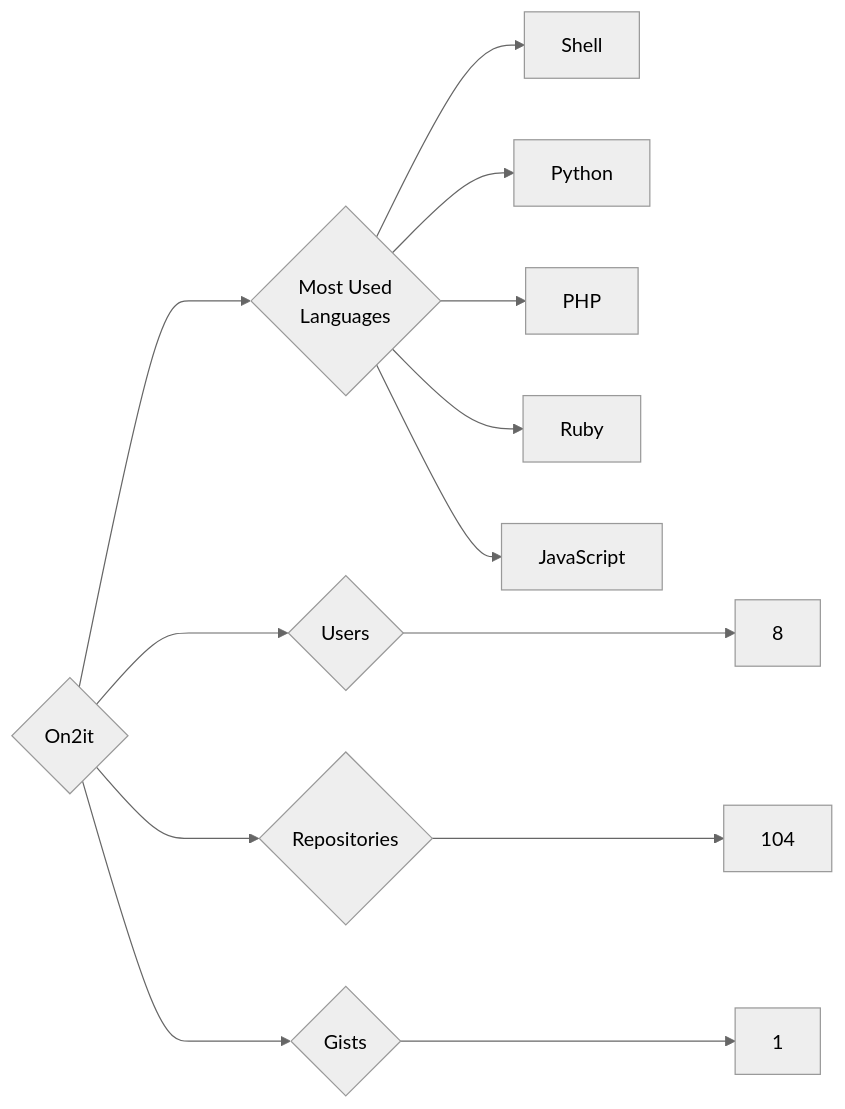
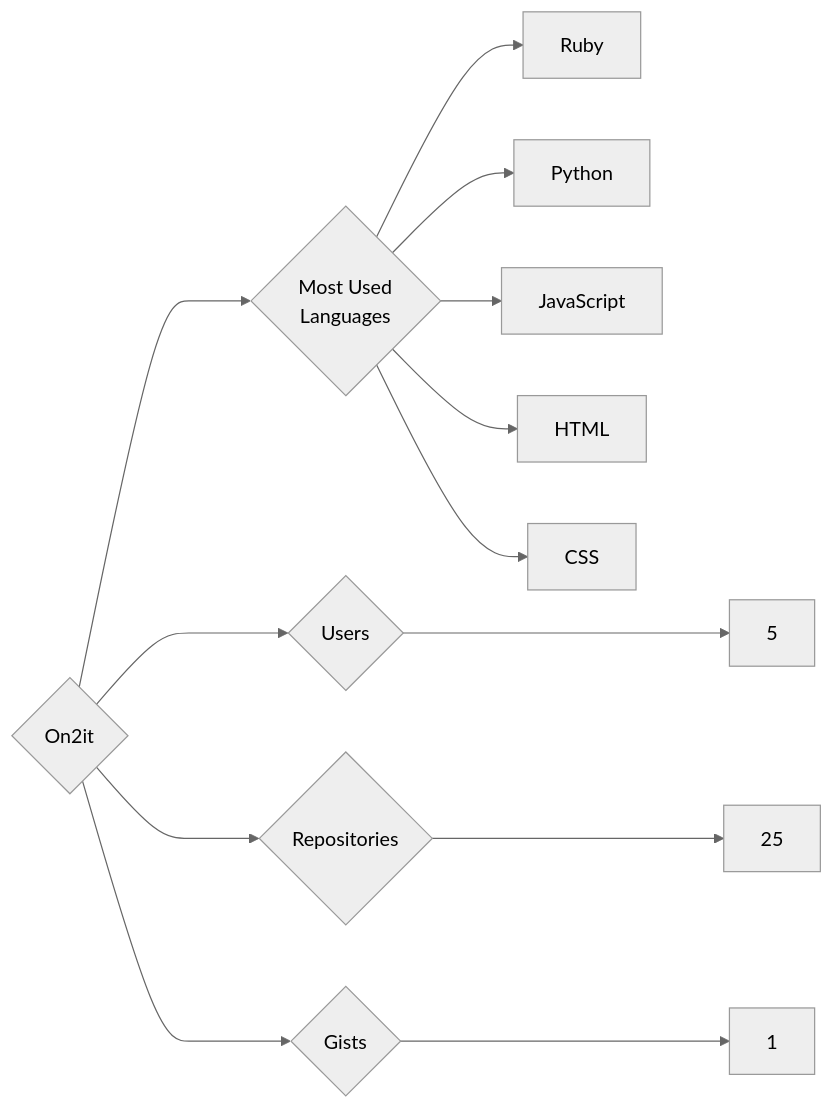
Before and after one commit to trickest/insiders: the diagram in targets/On2it/README.md, drawn with Mermaid (neutral theme). The commit also changed 964 other files, not shown here.

````diff
--- a/targets/On2it/README.md
+++ b/targets/On2it/README.md
@@ -3,13 +3,13 @@
 ```mermaid
 graph LR
 COMPANY_NAME{On2it}
-COMPANY_NAME ---> U{Users} ---> UN[8]
-COMPANY_NAME ---> R{Repositories} ---> RN[104]
+COMPANY_NAME ---> U{Users} ---> UN[5]
+COMPANY_NAME ---> R{Repositories} ---> RN[25]
 COMPANY_NAME ---> G{Gists} ---> GN[1]
 COMPANY_NAME ---> ML{Most Used<br>Languages}
-ML --> Shell[Shell]
+ML --> Ruby[Ruby]
 ML --> Python[Python]
-ML --> PHP[PHP]
-ML --> Ruby[Ruby]
 ML --> JavaScript[JavaScript]
+ML --> HTML[HTML]
+ML --> CSS[CSS]
 ```
````
